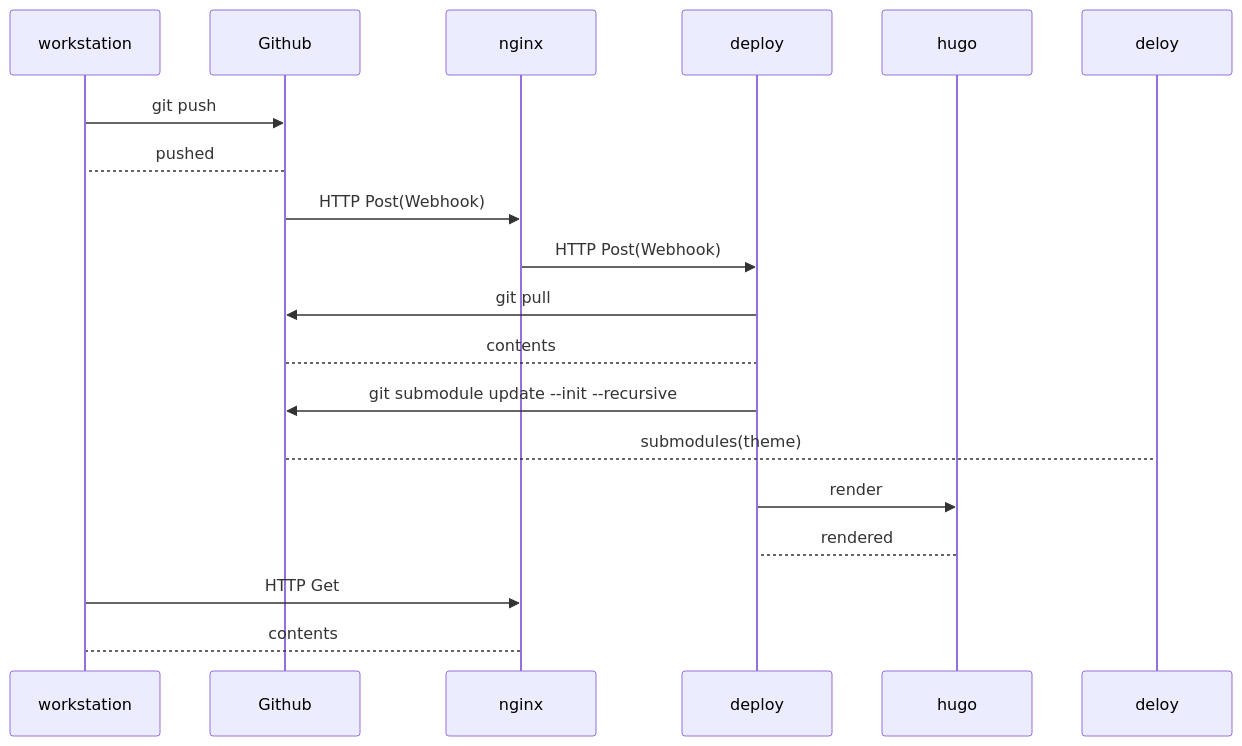
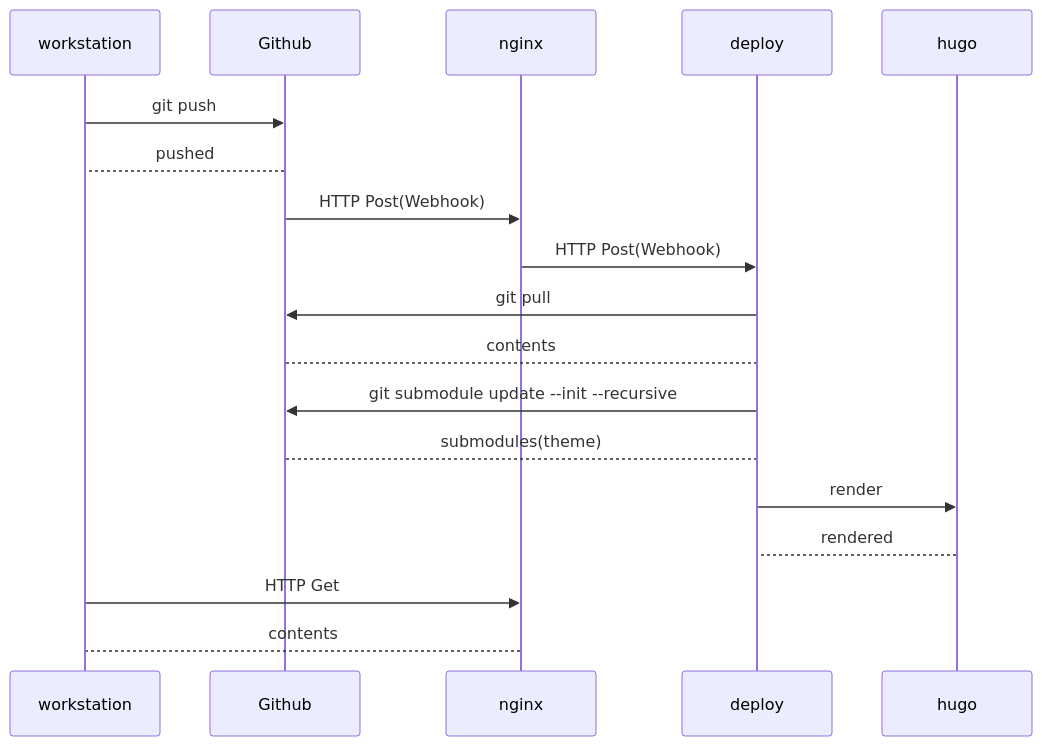
Before and after one commit to fono09/fono.jp: the diagram in content/post/deploy-hugo-site-from-github-to-on-premises.md, drawn with Mermaid.

Commit message:
タイポ修正

```diff
--- a/content/post/deploy-hugo-site-from-github-to-on-premises.md
+++ b/content/post/deploy-hugo-site-from-github-to-on-premises.md
@@ -34,20 +34,20 @@
 <div class="mermaid">
 sequenceDiagram
     participant workstation
     participant Github
     participant nginx
     participant deploy
     participant hugo
     workstation->>Github: git push
     Github-->workstation: pushed
     Github->>nginx: HTTP Post(Webhook)
     nginx->>deploy: HTTP Post(Webhook)
     deploy->>Github: git pull
     Github-->deploy: contents
     deploy->>Github: git submodule update --init --recursive
-    Github-->deloy: submodules(theme)
+    Github-->deploy: submodules(theme)
     deploy->>hugo: render
     hugo-->deploy: rendered
     workstation->>nginx: HTTP Get
     nginx-->workstation: contents
 </div>
```
